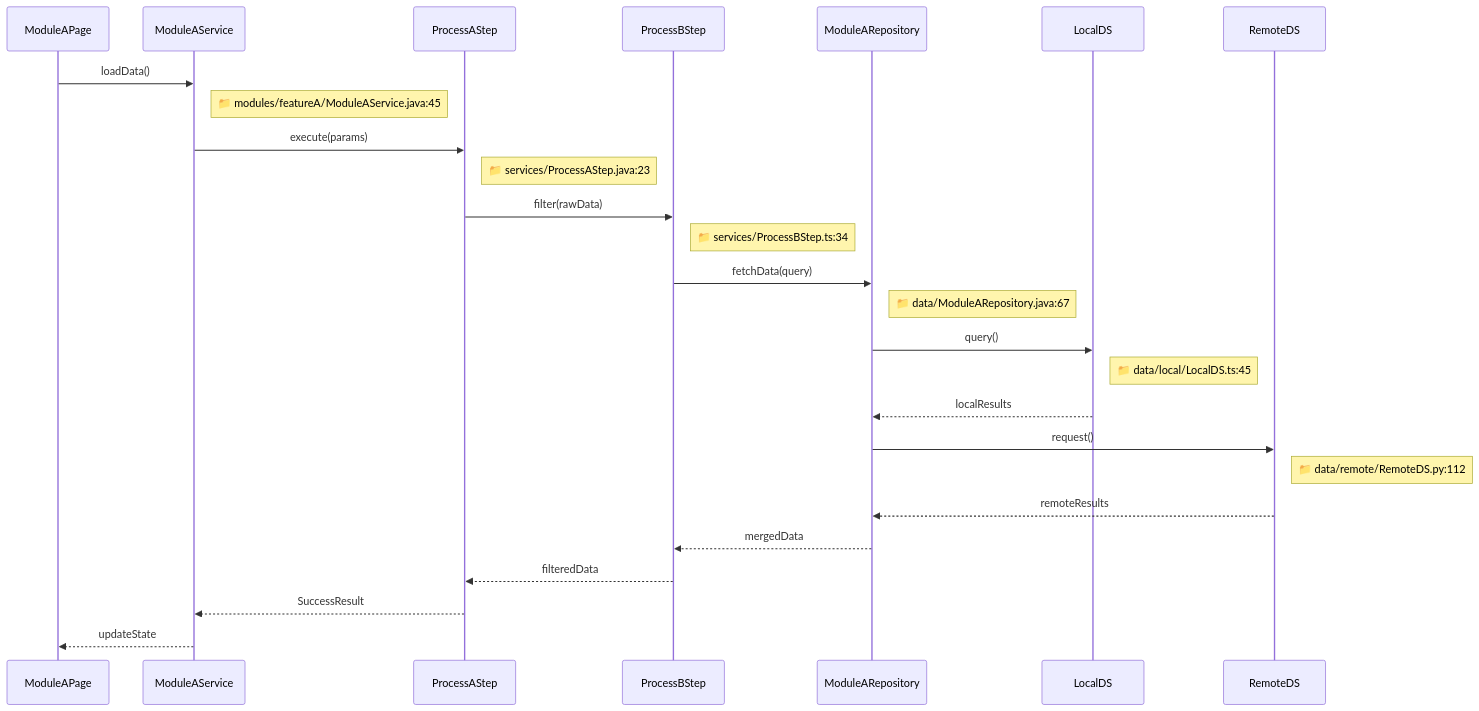
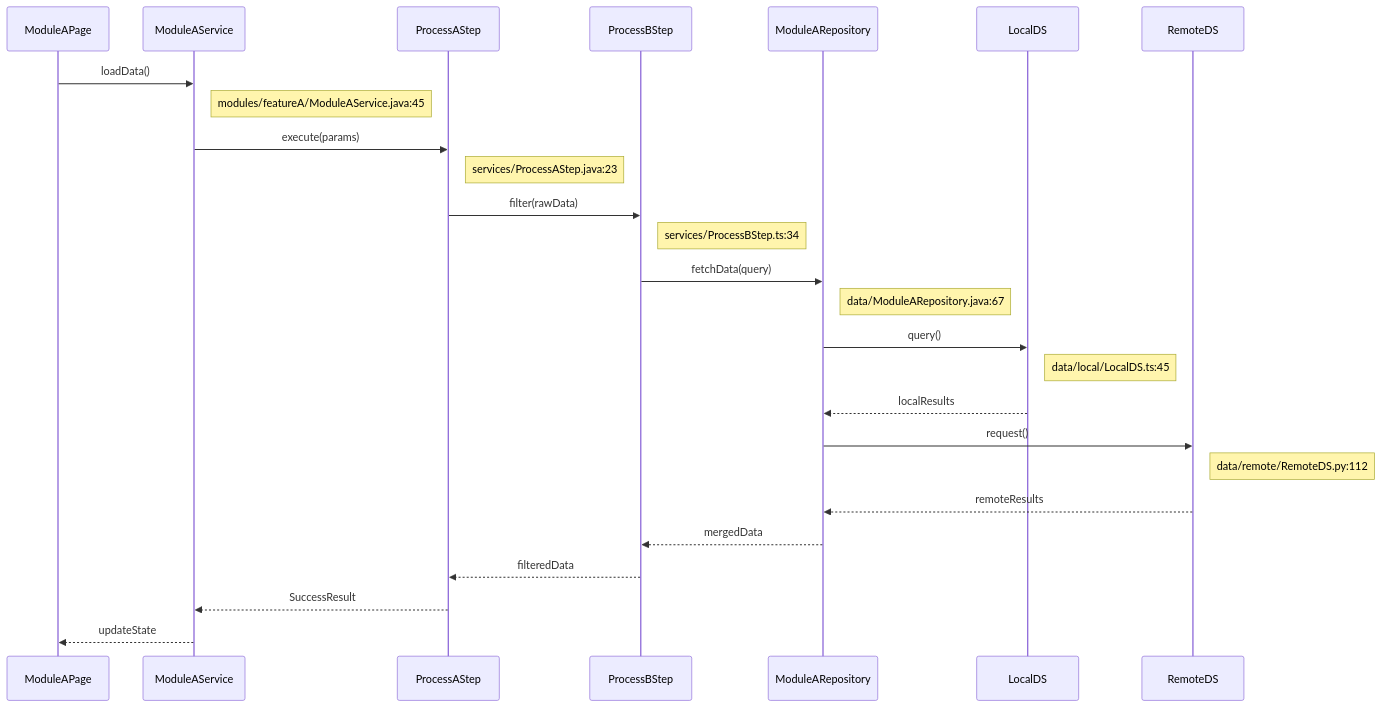
Before and after one commit to CaostGrace/project-arch-reverse: the seventh of 12 diagrams in references/template.md, drawn with Mermaid. The commit also changed other lines of this file and 10 other files, not shown here.

Commit message:
fix: 修复 12.1 流程图 Mermaid 渲染问题 - 结构重组+节点引号+形状修复

````diff
--- a/references/template.md
+++ b/references/template.md
@@ -364,29 +377,29 @@
 ```mermaid
 sequenceDiagram
     participant Page as ModuleAPage
     participant Service as ModuleAService
     participant Step as ProcessAStep
     participant Filter as ProcessBStep
     participant Repo as ModuleARepository
     participant Local as LocalDS
     participant Remote as RemoteDS
 
     Page->>Service: loadData()
-    Note right of Service: 📁 modules/featureA/ModuleAService.java:45
+    Note right of Service:  modules/featureA/ModuleAService.java:45
     Service->>Step: execute(params)
-    Note right of Step: 📁 services/ProcessAStep.java:23
+    Note right of Step:  services/ProcessAStep.java:23
     Step->>Filter: filter(rawData)
-    Note right of Filter: 📁 services/ProcessBStep.ts:34
+    Note right of Filter:  services/ProcessBStep.ts:34
     Filter->>Repo: fetchData(query)
-    Note right of Repo: 📁 data/ModuleARepository.java:67
+    Note right of Repo:  data/ModuleARepository.java:67
     Repo->>Local: query()
-    Note right of Local: 📁 data/local/LocalDS.ts:45
+    Note right of Local:  data/local/LocalDS.ts:45
     Local-->>Repo: localResults
     Repo->>Remote: request()
-    Note right of Remote: 📁 data/remote/RemoteDS.py:112
+    Note right of Remote:  data/remote/RemoteDS.py:112
     Remote-->>Repo: remoteResults
     Repo-->>Filter: mergedData
     Filter-->>Step: filteredData
     Step-->>Service: SuccessResult
     Service-->>Page: updateState
 ```
````
